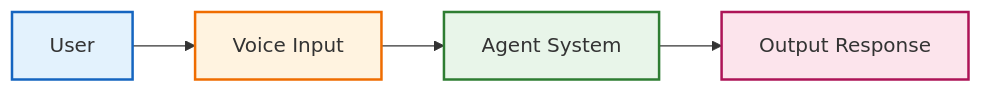
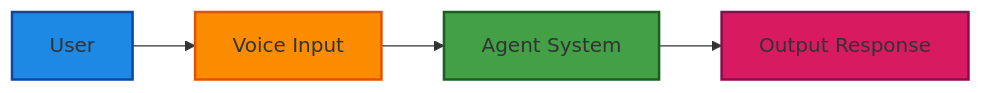
The diagram in README.md (advitiya993/React_quiz), drawn with Mermaid before and after one commit.

````diff
--- a/README.md
+++ b/README.md
@@ -31,20 +31,21 @@
 ```mermaid
 
 flowchart LR
     U[User] --> V[Voice Input]
     V --> A[Agent System]
     A --> O[Output Response]
 
-    classDef user fill:#E3F2FD,stroke:#1565C0,stroke-width:2px
-    classDef voice fill:#FFF3E0,stroke:#EF6C00,stroke-width:2px
-    classDef agent fill:#E8F5E9,stroke:#2E7D32,stroke-width:2px
-    classDef output fill:#FCE4EC,stroke:#AD1457,stroke-width:2px
+    classDef user fill:#1E88E5,stroke:#0D47A1,stroke-width:2px
+    classDef voice fill:#FB8C00,stroke:#E65100,stroke-width:2px
+    classDef agent fill:#43A047,stroke:#1B5E20,stroke-width:2px
+    classDef output fill:#D81B60,stroke:#880E4F,stroke-width:2px
 
     class U user
     class V voice
     class A agent
     class O output
 
 
 
+
 ```
````
